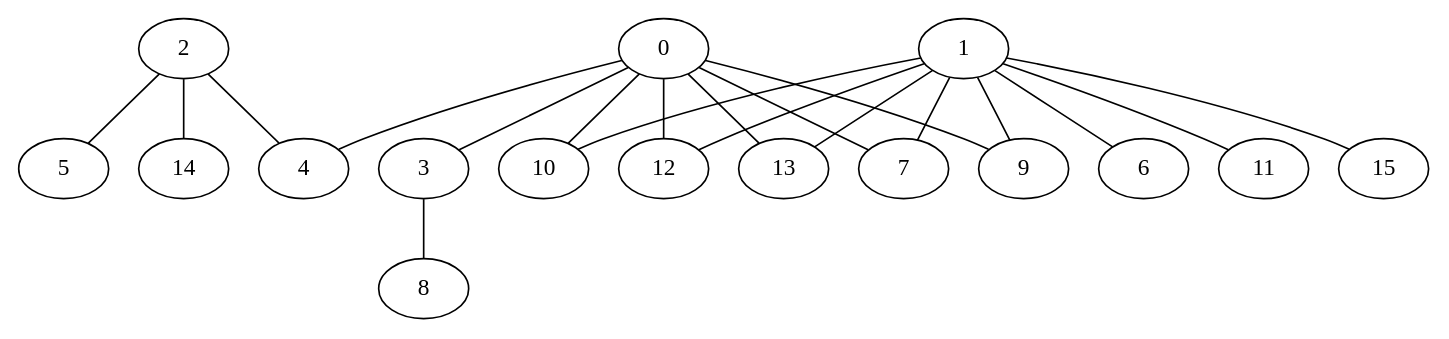
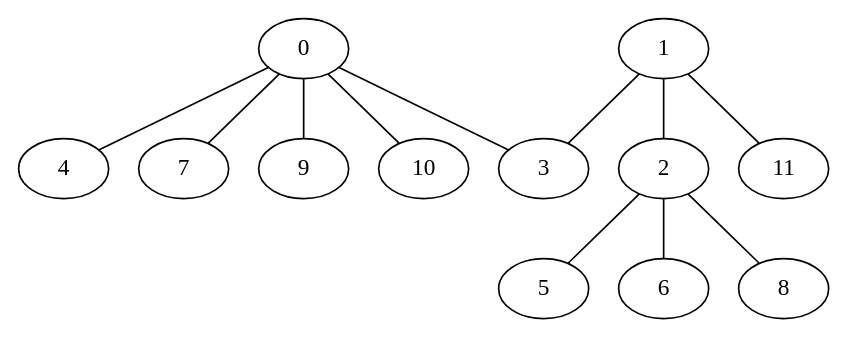
The diagram in partition/foret.dot (corentinckf/projetZ1), drawn with Graphviz before and after one commit. The commit also changed 9 other files, not shown here.

```diff
--- a/partition/foret.dot
+++ b/partition/foret.dot
@@ -1,37 +1,25 @@
 graph {
 	0
 	1
 	2
 	3
 	4
 	5
 	6
 	7
 	8
 	9
 	10
 	11
-	12
-	13
-	14
-	15
 	0 -- 3
 	0 -- 4
 	0 -- 7
 	0 -- 9
 	0 -- 10
-	0 -- 12
-	0 -- 13
-	1 -- 6
-	1 -- 7
-	1 -- 9
-	1 -- 10
+	1 -- 2
+	1 -- 3
 	1 -- 11
-	1 -- 12
-	1 -- 13
-	1 -- 15
-	2 -- 4
 	2 -- 5
-	2 -- 14
-	3 -- 8
+	2 -- 6
+	2 -- 8
 }
```
